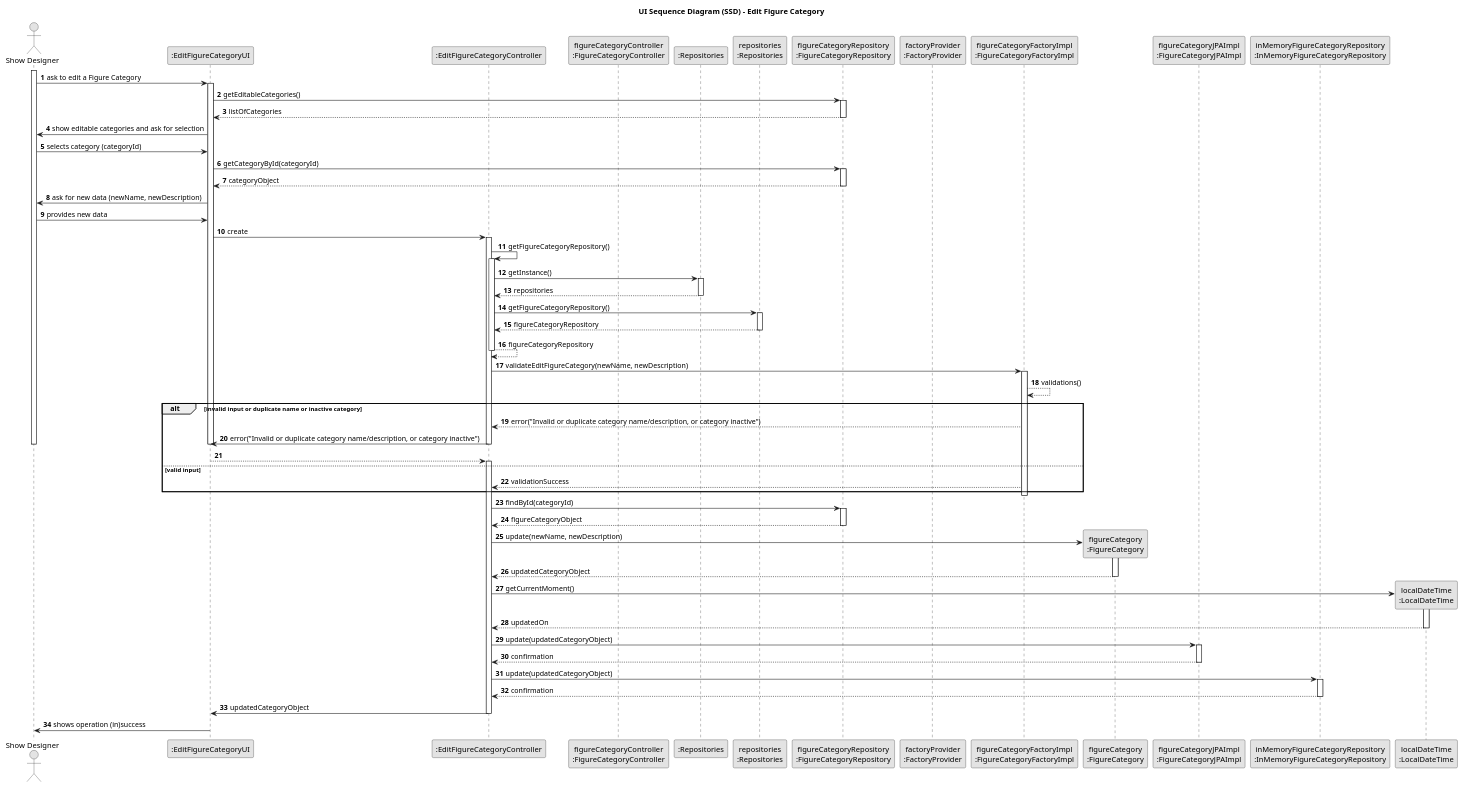
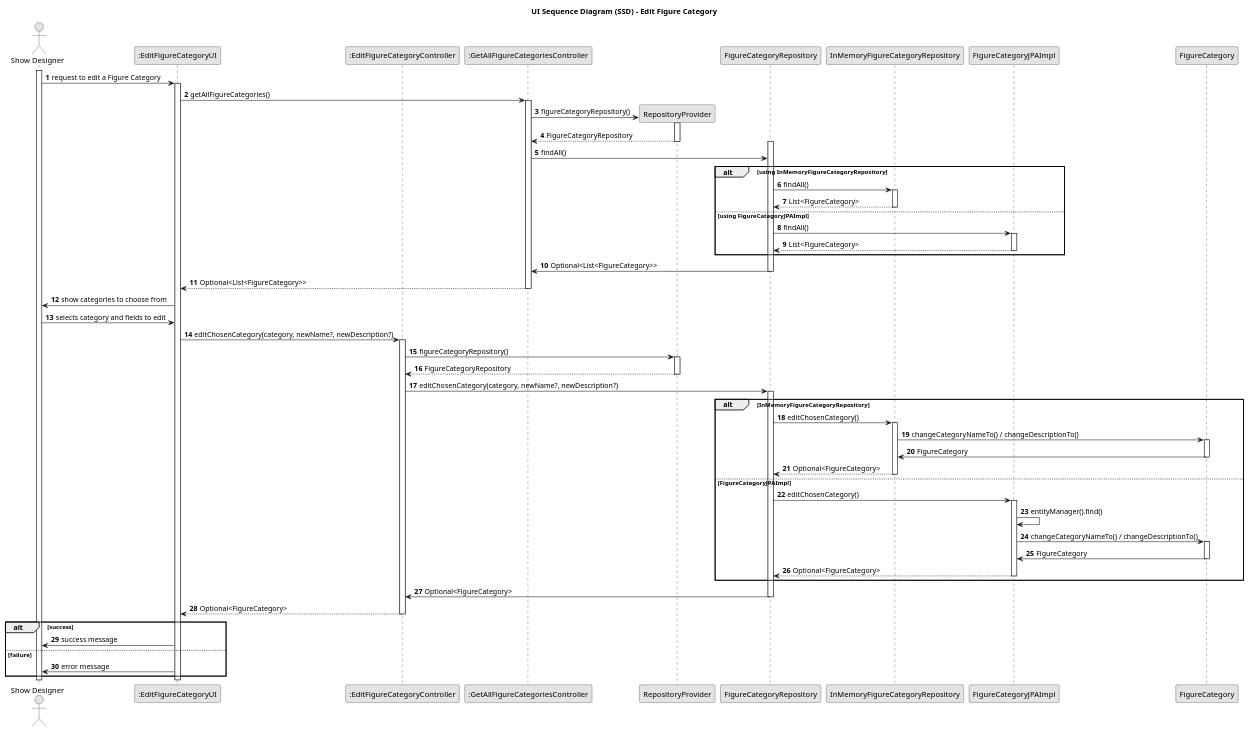
Before and after one commit to SAEmanuel/Shodrone_ISEP: the diagram in docs/planning/sprint2/EAPLI/US246 - Edit figure category/03.design/puml/us246-sequence-diagram-full.puml, drawn with PlantUML. The commit also changed 2 other files, not shown here.

```diff
--- a/docs/planning/sprint2/EAPLI/US246 - Edit figure category/03.design/puml/us246-sequence-diagram-full.puml
+++ b/docs/planning/sprint2/EAPLI/US246 - Edit figure category/03.design/puml/us246-sequence-diagram-full.puml
@@ -1,117 +1,113 @@
 @startuml
 skinparam monochrome true
 skinparam packageStyle rectangle
 skinparam shadowing false
 
 title UI Sequence Diagram (SSD) - Edit Figure Category
 
 autonumber
 
-actor "Show Designer" as showDesigner
+actor "Show Designer" as SD
 participant ":EditFigureCategoryUI" as UI
 participant ":EditFigureCategoryController" as CTRL
-participant "figureCategoryController\n:FigureCategoryController" as catCtrl
-participant ":Repositories" as RepositorySingleton
-participant "repositories\n:Repositories" as PLAT
-participant "figureCategoryRepository\n:FigureCategoryRepository" as catRepo
+participant ":GetAllFigureCategoriesController" as FetchCtrl
+participant "RepositoryProvider" as Provider
+participant "FigureCategoryRepository" as Repo
+participant "InMemoryFigureCategoryRepository" as InMemRepo
+participant "FigureCategoryJPAImpl" as JpaRepo
+participant "FigureCategory" as Entity
 
-participant "factoryProvider\n:FactoryProvider" as factProv
-participant "figureCategoryFactoryImpl\n:FigureCategoryFactoryImpl" as catFactImpl
-participant "figureCategory\n:FigureCategory" as figureCategory
-participant "figureCategoryJPAImpl\n:FigureCategoryJPAImpl" as catJPA
-participant "inMemoryFigureCategoryRepository\n:InMemoryFigureCategoryRepository" as catMem
 
-participant "localDateTime\n:LocalDateTime" as localTime
 
-activate showDesigner
+activate SD
+SD -> UI : request to edit a Figure Category
+activate UI
 
-    showDesigner -> UI : ask to edit a Figure Category
-    activate UI
+UI -> FetchCtrl : getAllFigureCategories()
+activate FetchCtrl
 
-    UI -> catRepo : getEditableCategories()
-    activate catRepo
-        catRepo --> UI : listOfCategories
-    deactivate catRepo
+FetchCtrl -> Provider** : figureCategoryRepository()
+activate Provider
+Provider --> FetchCtrl : FigureCategoryRepository
+deactivate Provider
 
-    UI -> showDesigner : show editable categories and ask for selection
-    showDesigner -> UI : selects category (categoryId)
 
-    UI -> catRepo : getCategoryById(categoryId)
-    activate catRepo
-        catRepo --> UI : categoryObject
-    deactivate catRepo
+activate Repo
+FetchCtrl -> Repo : findAll()
 
-    UI -> showDesigner : ask for new data (newName, newDescription)
-    showDesigner -> UI : provides new data
+alt using InMemoryFigureCategoryRepository
+    Repo -> InMemRepo : findAll()
+    activate InMemRepo
 
-    UI -> CTRL : create
-    activate CTRL
+    InMemRepo --> Repo : List<FigureCategory>
+    deactivate InMemRepo
+else using FigureCategoryJPAImpl
+    Repo -> JpaRepo : findAll()
+    activate JpaRepo
 
-        CTRL -> CTRL : getFigureCategoryRepository()
-        activate CTRL
+    JpaRepo --> Repo : List<FigureCategory>
+    deactivate JpaRepo
+end
 
-            CTRL -> RepositorySingleton : getInstance()
-            activate RepositorySingleton
 
-                RepositorySingleton --> CTRL: repositories
-            deactivate RepositorySingleton
+Repo -> FetchCtrl: Optional<List<FigureCategory>>
+deactivate Repo
 
-            CTRL -> PLAT : getFigureCategoryRepository()
-            activate PLAT
 
-                PLAT --> CTRL: figureCategoryRepository
-            deactivate PLAT
-            CTRL --> CTRL : figureCategoryRepository
+FetchCtrl --> UI : Optional<List<FigureCategory>>
+deactivate FetchCtrl
 
-        deactivate CTRL
+UI -> SD : show categories to choose from
 
-        CTRL -> catFactImpl : validateEditFigureCategory(newName, newDescription)
-        activate catFactImpl
-            catFactImpl --> catFactImpl : validations()
-            alt invalid input or duplicate name or inactive category
-                catFactImpl --> CTRL : error("Invalid or duplicate category name/description, or category inactive")
-                CTRL -> UI : error("Invalid or duplicate category name/description, or category inactive")
-                deactivate CTRL
-                deactivate UI
-                deactivate showDesigner
-                return
-            else valid input
-            activate CTRL
-                catFactImpl --> CTRL : validationSuccess
-            end
-        deactivate catFactImpl
+SD -> UI : selects category and fields to edit
+UI -> CTRL : editChosenCategory(category, newName?, newDescription?)
+activate CTRL
 
-        CTRL -> catRepo : findById(categoryId)
-        activate catRepo
-            catRepo --> CTRL : figureCategoryObject
-        deactivate catRepo
+CTRL -> Provider : figureCategoryRepository()
+activate Provider
+Provider --> CTRL : FigureCategoryRepository
+deactivate Provider
 
-        CTRL -> figureCategory** : update(newName, newDescription)
-        activate figureCategory
-            figureCategory --> CTRL : updatedCategoryObject
-        deactivate figureCategory
+CTRL -> Repo : editChosenCategory(category, newName?, newDescription?)
+activate Repo
 
-        CTRL -> localTime** : getCurrentMoment()
-        activate localTime
-            localTime --> CTRL : updatedOn
-        deactivate localTime
+alt InMemoryFigureCategoryRepository
+    Repo -> InMemRepo : editChosenCategory()
+    activate InMemRepo
 
-        CTRL -> catJPA : update(updatedCategoryObject)
-        activate catJPA
-            catJPA --> CTRL : confirmation
-        deactivate catJPA
+    InMemRepo -> Entity : changeCategoryNameTo() / changeDescriptionTo()
+    activate Entity
 
-        CTRL -> catMem : update(updatedCategoryObject)
-        activate catMem
-            catMem --> CTRL : confirmation
-        deactivate catMem
+    Entity -> InMemRepo : FigureCategory
+    deactivate Entity
 
-        CTRL -> UI : updatedCategoryObject
-    deactivate CTRL
+    InMemRepo --> Repo : Optional<FigureCategory>
+else FigureCategoryJPAImpl
+    deactivate InMemRepo
+    Repo -> JpaRepo : editChosenCategory()
+    activate JpaRepo
+    JpaRepo -> JpaRepo : entityManager().find()
+    JpaRepo -> Entity : changeCategoryNameTo() / changeDescriptionTo()
 
-    UI -> showDesigner : shows operation (in)success
+    activate Entity
+
+    Entity -> JpaRepo : FigureCategory
+    deactivate Entity
+    JpaRepo --> Repo : Optional<FigureCategory>
+    deactivate JpaRepo
+end
+    Repo -> CTRL : Optional<FigureCategory>
+    deactivate Repo
+
+CTRL --> UI : Optional<FigureCategory>
+deactivate CTRL
+
+alt success
+    UI -> SD : success message
+else failure
+    UI -> SD : error message
+end
 
 deactivate UI
-deactivate showDesigner
-
+deactivate SD
 @enduml
```
